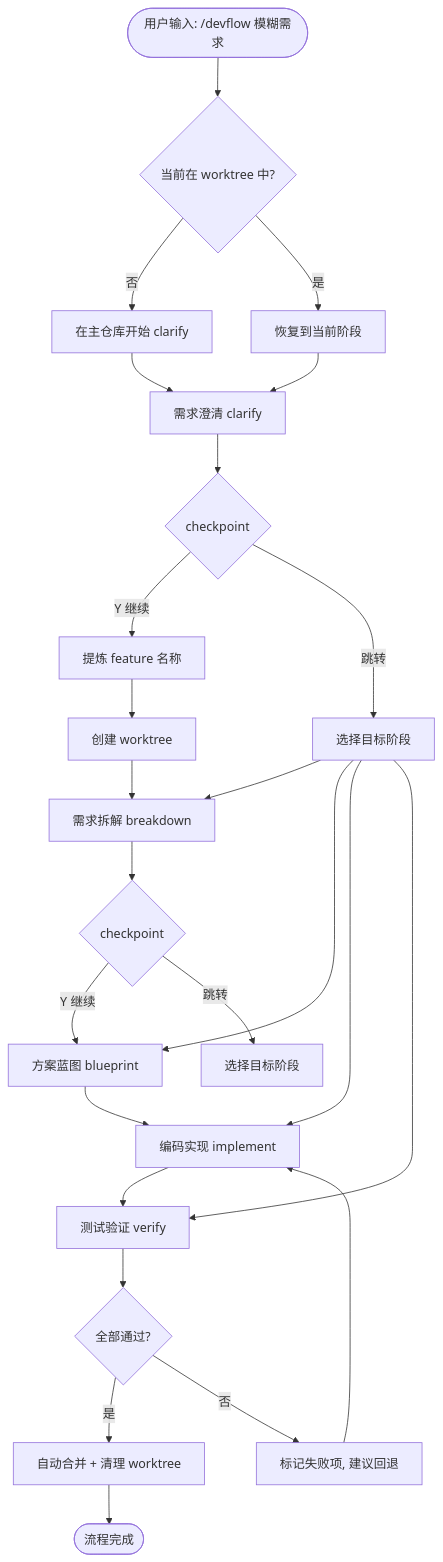
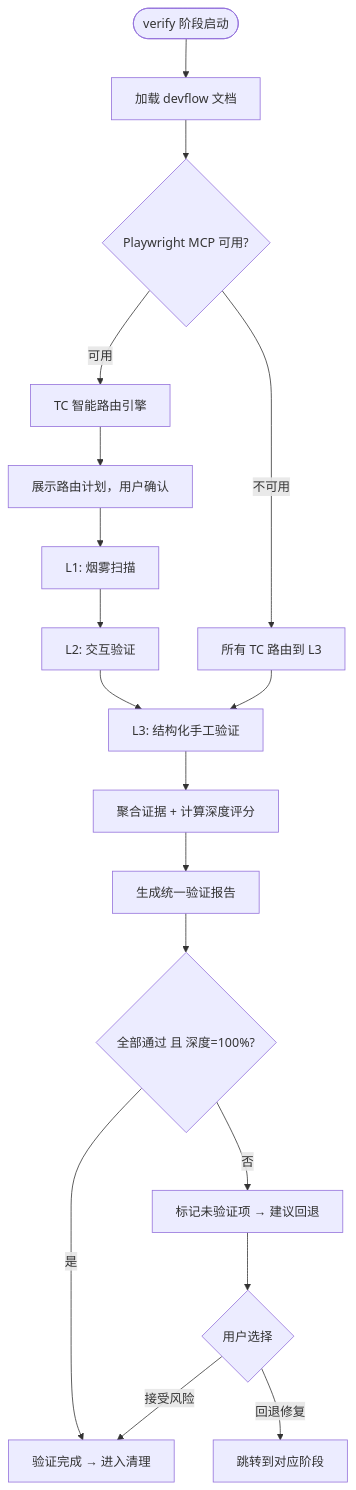
Before and after one commit to NumberTheEleven/devflow: the first of 2 diagrams in devflow/design.md, drawn with Mermaid. The commit also changed other lines of this file and 6 other files, not shown here.

````diff
--- a/devflow/design.md
+++ b/devflow/design.md
@@ -9,27 +9,20 @@
 ```mermaid
 flowchart TD
-    A([用户输入: /devflow 模糊需求]) --> B{当前在 worktree 中?}
-    B -->|否| C[在主仓库开始 clarify]
-    B -->|是| D[恢复到当前阶段]
-    C --> E[需求澄清 clarify]
-    D --> E
-    E --> F{checkpoint}
-    F -->|Y 继续| G[提炼 feature 名称]
-    G --> H[创建 worktree]
-    H --> I[需求拆解 breakdown]
-    F -->|跳转| J1[选择目标阶段]
-    J1 --> I
-    J1 --> K
-    J1 --> L
-    J1 --> M
-    I --> J{checkpoint}
-    J -->|Y 继续| K[方案蓝图 blueprint]
-    J -->|跳转| J2[选择目标阶段]
-    K --> L[编码实现 implement]
-    L --> M[测试验证 verify]
-    M --> N{全部通过?}
-    N -->|是| O[自动合并 + 清理 worktree]
-    N -->|否| P[标记失败项, 建议回退]
-    P --> L
-    O --> Q([流程完成])
+    A([verify 阶段启动]) --> B[加载 devflow 文档]
+    B --> C{Playwright MCP 可用?}
+    C -->|可用| D[TC 智能路由引擎]
+    C -->|不可用| E[所有 TC 路由到 L3]
+    D --> F[展示路由计划，用户确认]
+    F --> G[L1: 烟雾扫描]
+    G --> H[L2: 交互验证]
+    H --> I[L3: 结构化手工验证]
+    E --> I
+    I --> J[聚合证据 + 计算深度评分]
+    J --> K[生成统一验证报告]
+    K --> L{全部通过 且 深度=100%?}
+    L -->|是| M[验证完成 → 进入清理]
+    L -->|否| N[标记未验证项 → 建议回退]
+    N --> O{用户选择}
+    O -->|回退修复| P[跳转到对应阶段]
+    O -->|接受风险| M
 ```
````
